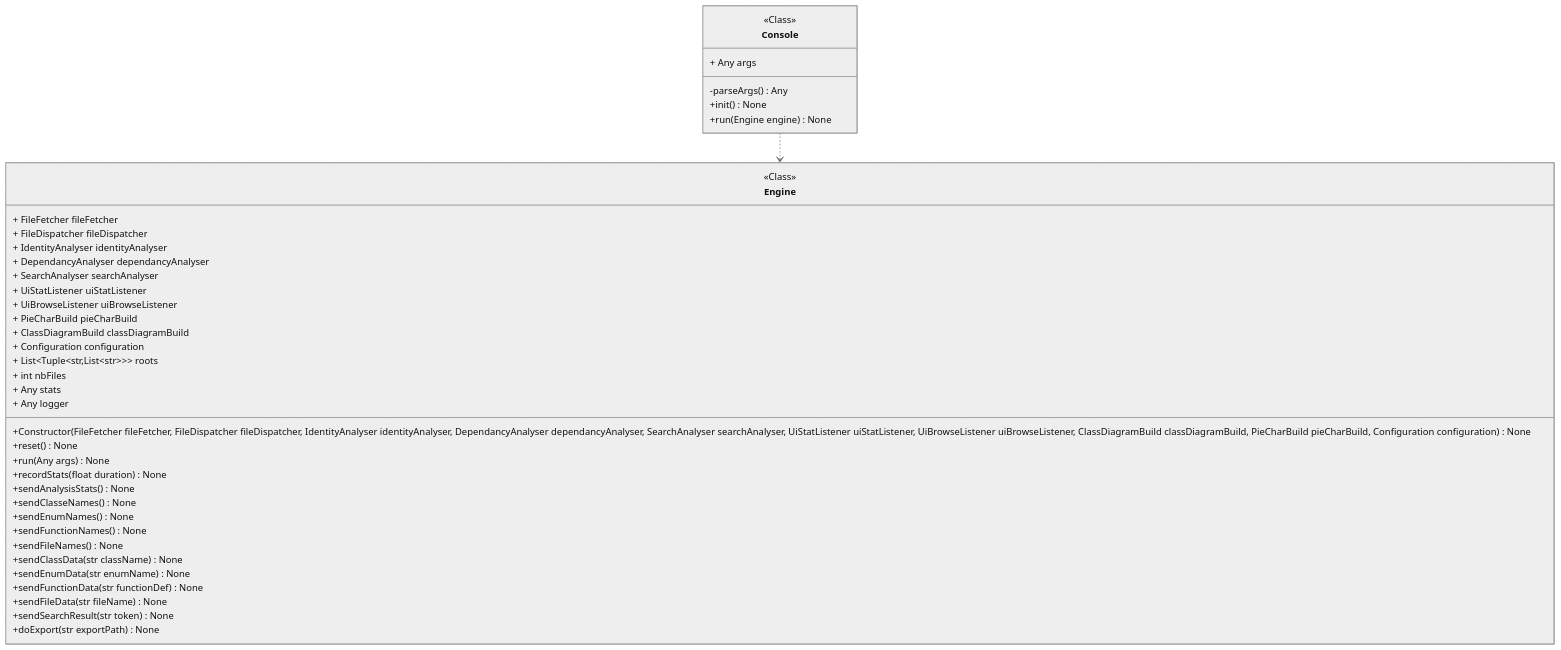
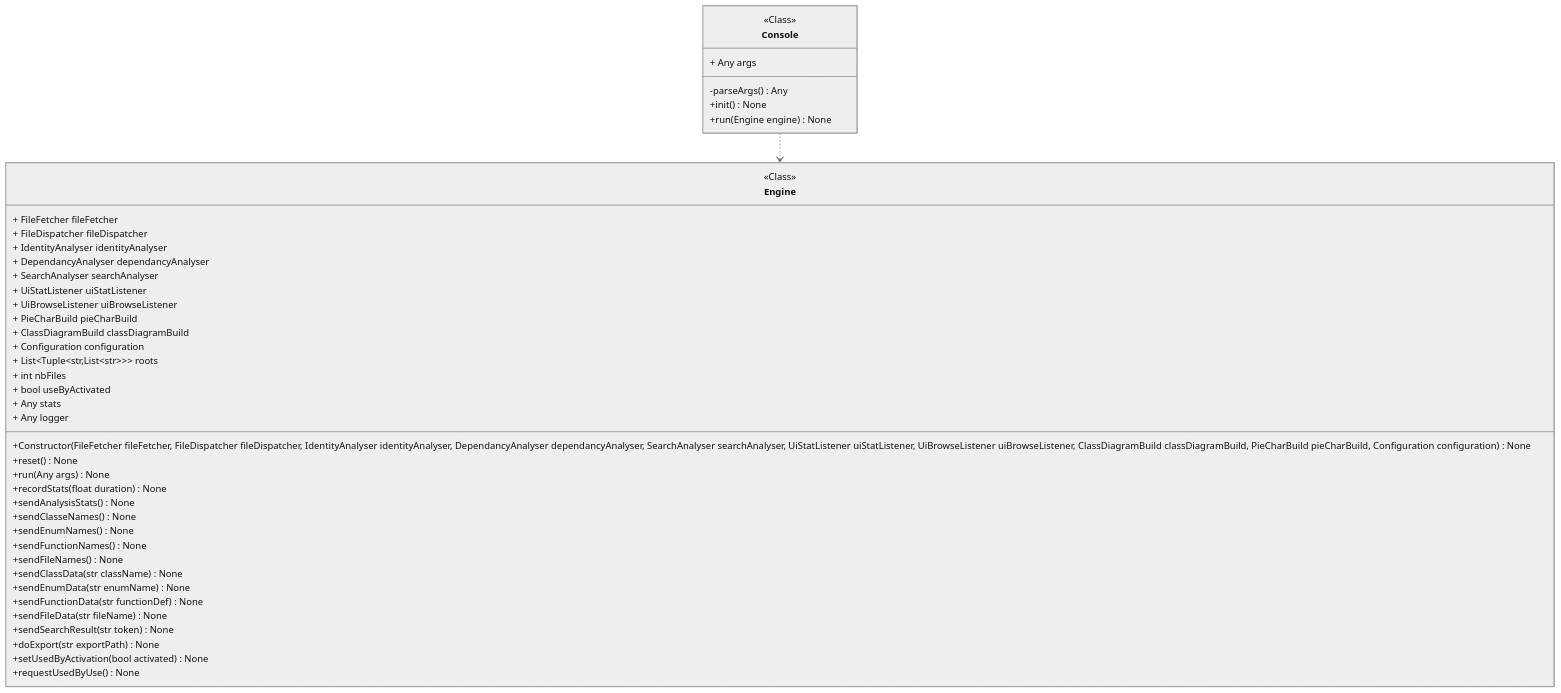
Before and after one commit to miong/pycodeanalyzer: the diagram in docs/source/code/diagrams/pycodeanalyzer_core_console_console_Console.mmd, drawn with Mermaid (neutral theme). The commit also changed 15 other files, not shown here.

```diff
--- a/docs/source/code/diagrams/pycodeanalyzer_core_console_console_Console.mmd
+++ b/docs/source/code/diagrams/pycodeanalyzer_core_console_console_Console.mmd
@@ -1,42 +1,45 @@
 classDiagram
 class Console {
 <<Class>>
 + Any args
 -parseArgs() Any
 +init() None
 +run(Engine engine) None
 }
 class Engine {
 <<Class>>
 + FileFetcher fileFetcher
 + FileDispatcher fileDispatcher
 + IdentityAnalyser identityAnalyser
 + DependancyAnalyser dependancyAnalyser
 + SearchAnalyser searchAnalyser
 + UiStatListener uiStatListener
 + UiBrowseListener uiBrowseListener
 + PieCharBuild pieCharBuild
 + ClassDiagramBuild classDiagramBuild
 + Configuration configuration
 + List&lt;Tuple&lt;str,List&lt;str&gt;&gt;&gt; roots
 + int nbFiles
++ bool useByActivated
 + Any stats
 + Any logger
 +Constructor(FileFetcher fileFetcher, FileDispatcher fileDispatcher, IdentityAnalyser identityAnalyser, DependancyAnalyser dependancyAnalyser, SearchAnalyser searchAnalyser, UiStatListener uiStatListener, UiBrowseListener uiBrowseListener, ClassDiagramBuild classDiagramBuild, PieCharBuild pieCharBuild, Configuration configuration) None
 +reset() None
 +run(Any args) None
 +recordStats(float duration) None
 +sendAnalysisStats() None
 +sendClasseNames() None
 +sendEnumNames() None
 +sendFunctionNames() None
 +sendFileNames() None
 +sendClassData(str className) None
 +sendEnumData(str enumName) None
 +sendFunctionData(str functionDef) None
 +sendFileData(str fileName) None
 +sendSearchResult(str token) None
 +doExport(str exportPath) None
++setUsedByActivation(bool activated) None
++requestUsedByUse() None
 }
 link Engine "class££pycodeanalyzer::core::engine::engine::Engine"
 Console ..> Engine
```
